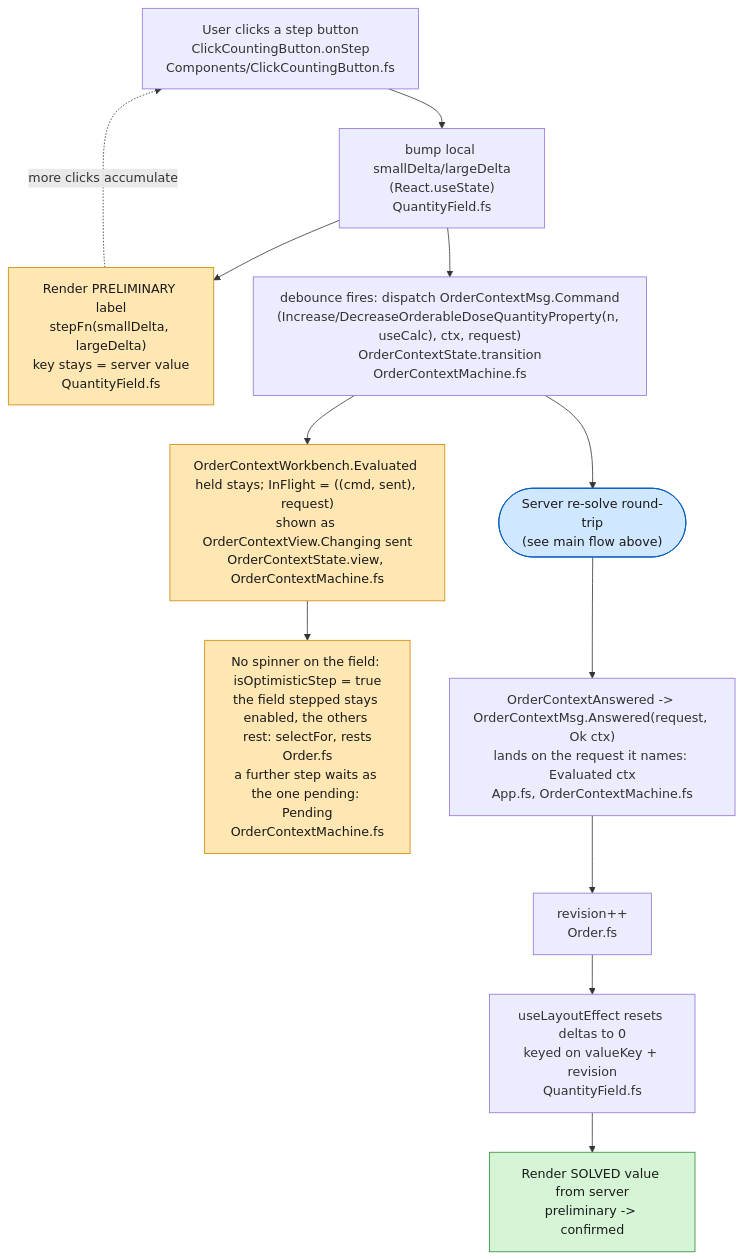
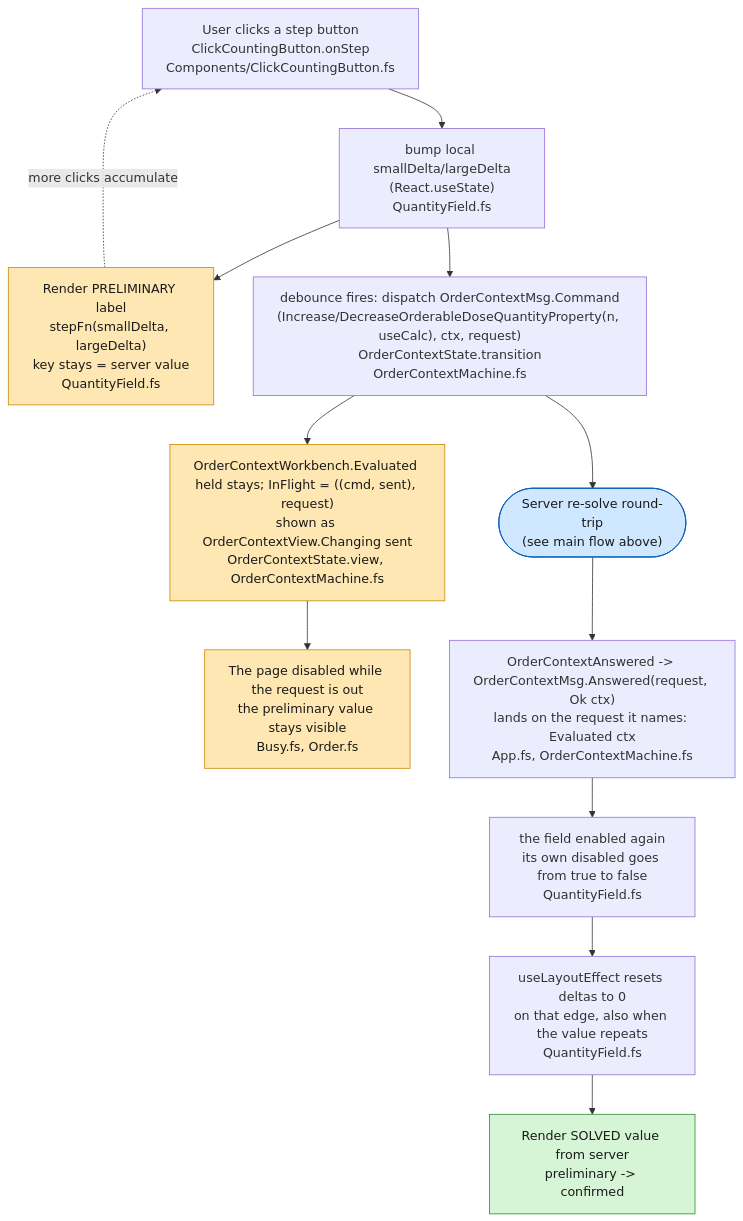
Before and after one commit to informedica/GenPRES: the second of 2 diagrams in docs/domain/dose-quantity-stepping-flow.md, drawn with Mermaid. The commit also changed other lines of this file and 9 other files, not shown here.

````diff
--- a/docs/domain/dose-quantity-stepping-flow.md
+++ b/docs/domain/dose-quantity-stepping-flow.md
@@ -62,28 +62,28 @@
 ```mermaid
 flowchart TD
     CLICK["User clicks a step button<br/>ClickCountingButton.onStep<br/>Components/ClickCountingButton.fs"]
     DELTA["bump local smallDelta/largeDelta<br/>(React.useState)<br/>QuantityField.fs"]
     PRELIM["Render PRELIMINARY label<br/>stepFn(smallDelta, largeDelta)<br/>key stays = server value<br/>QuantityField.fs"]
     DISPATCH["debounce fires: dispatch OrderContextMsg.Command<br/>(Increase/DecreaseOrderableDoseQuantityProperty(n, useCalc), ctx, request)<br/>OrderContextState.transition<br/>OrderContextMachine.fs"]
 
     REC["OrderContextWorkbench.Evaluated held stays; InFlight = ((cmd, sent), request)<br/>shown as OrderContextView.Changing sent<br/>OrderContextState.view, OrderContextMachine.fs"]
-    KEEP["No spinner on the field: isOptimisticStep = true<br/>the field stepped stays enabled, the others rest: selectFor, rests<br/>Order.fs<br/>a further step waits as the one pending: Pending<br/>OrderContextMachine.fs"]
+    KEEP["The page disabled while the request is out<br/>the preliminary value stays visible<br/>Busy.fs, Order.fs"]
 
     SERVER(["Server re-solve round-trip<br/>(see main flow above)"])
 
     DONE["OrderContextAnswered -> OrderContextMsg.Answered(request, Ok ctx)<br/>lands on the request it names: Evaluated ctx<br/>App.fs, OrderContextMachine.fs"]
-    BUMP["revision++<br/>Order.fs"]
-    RESET["useLayoutEffect resets deltas to 0<br/>keyed on valueKey + revision<br/>QuantityField.fs"]
+    BUMP["the field enabled again<br/>its own disabled goes from true to false<br/>QuantityField.fs"]
+    RESET["useLayoutEffect resets deltas to 0<br/>on that edge, also when the value repeats<br/>QuantityField.fs"]
     FINAL["Render SOLVED value from server<br/>preliminary -> confirmed"]
 
     CLICK --> DELTA --> PRELIM
     DELTA --> DISPATCH --> REC --> KEEP
     PRELIM -. "more clicks accumulate" .-> CLICK
     DISPATCH --> SERVER --> DONE --> BUMP --> RESET --> FINAL
 
     style PRELIM fill:#ffe7b3,stroke:#cc8800,color:#1a1a1a
     style REC fill:#ffe7b3,stroke:#cc8800,color:#1a1a1a
     style KEEP fill:#ffe7b3,stroke:#cc8800,color:#1a1a1a
     style FINAL fill:#d6f5d6,stroke:#2e8b2e,color:#1a1a1a
     style SERVER fill:#cfe8ff,stroke:#005bbb,color:#1a1a1a
 ```
````
